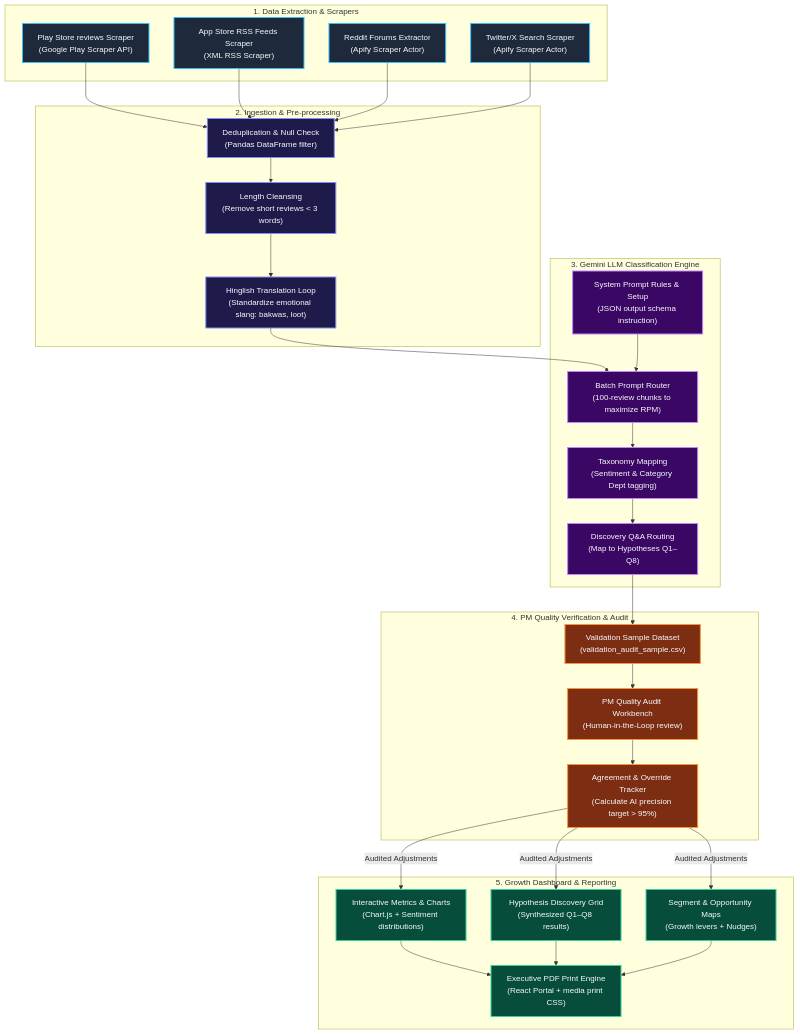
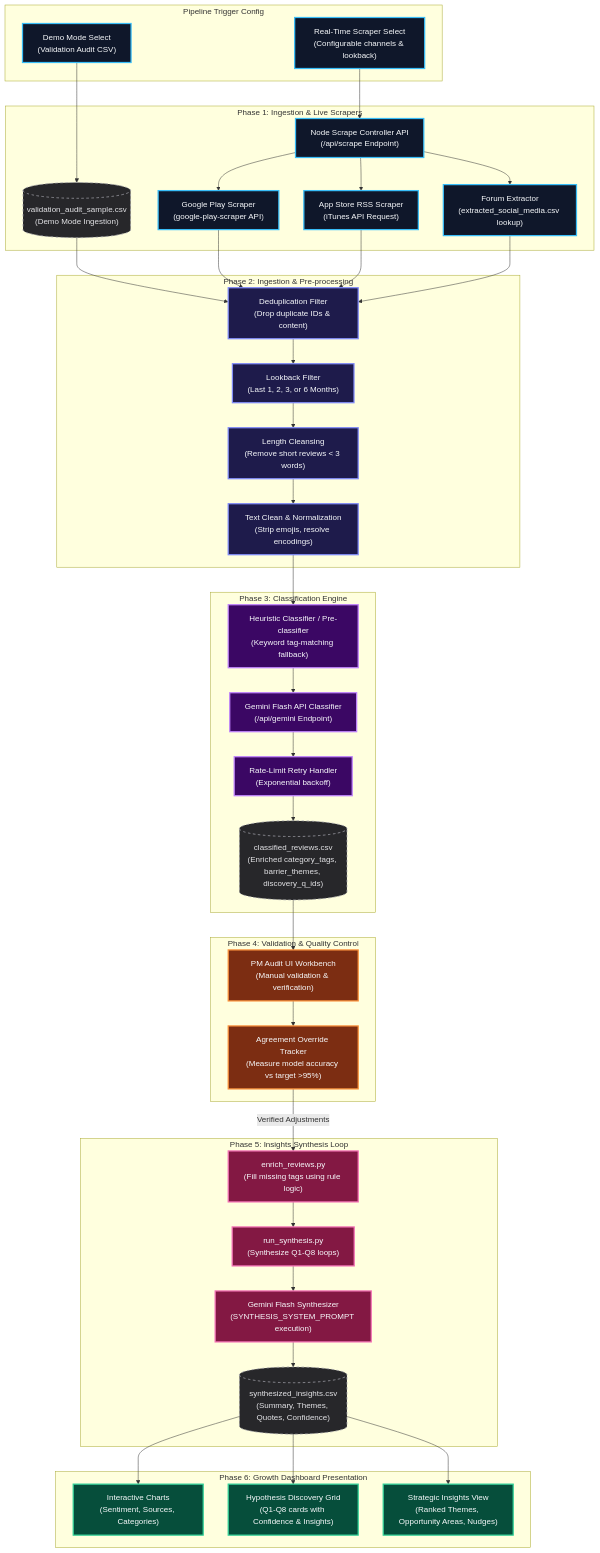
Before and after one commit to shivam0752/blinkit-review-ai-engine: the first of 2 diagrams in pipeline_diagram.md, drawn with Mermaid. The commit also changed other lines of this file and 5 other files, not shown here.

Commit message:
Implement real-time scraper controls, backend scraper proxy, and Stage 4 theme descriptions in Sandbox pipeline

````diff
--- a/pipeline_diagram.md
+++ b/pipeline_diagram.md
@@ -6,61 +10,87 @@
 ```mermaid
-graph TD
+flowchart TD
     %% Styling Configuration
-    classDef source fill:#1e293b,stroke:#38bdf8,stroke-width:2px,color:#f8fafc;
-    classDef cleaning fill:#1e1b4b,stroke:#818cf8,stroke-width:2px,color:#f8fafc;
-    classDef llm fill:#3b0764,stroke:#c084fc,stroke-width:2px,color:#f8fafc;
-    classDef audit fill:#7c2d12,stroke:#fb923c,stroke-width:2px,color:#f8fafc;
-    classDef output fill:#064e3b,stroke:#34d399,stroke-width:2px,color:#f8fafc;
+    classDef source fill:#0f172a,stroke:#38bdf8,stroke-width:2.5px,color:#f8fafc;
+    classDef preprocessing fill:#1e1b4b,stroke:#818cf8,stroke-width:2.5px,color:#f8fafc;
+    classDef classification fill:#3b0764,stroke:#c084fc,stroke-width:2.5px,color:#f8fafc;
+    classDef audit fill:#7c2d12,stroke:#fb923c,stroke-width:2.5px,color:#f8fafc;
+    classDef synthesis fill:#831843,stroke:#f472b6,stroke-width:2.5px,color:#f8fafc;
+    classDef output fill:#064e3b,stroke:#34d399,stroke-width:2.5px,color:#f8fafc;
+    classDef files fill:#27272a,stroke:#a1a1aa,stroke-width:1.5px,color:#e4e4e7,stroke-dasharray: 5 5;
 
-    %% Data Extraction / Sources
-    subgraph Data_Extraction [1. Data Extraction & Scrapers]
-        PlayStore["Play Store reviews Scraper<br/>(Google Play Scraper API)"]:::source
-        AppStore["App Store RSS Feeds Scraper<br/>(XML RSS Scraper)"]:::source
-        RedditScraper["Reddit Forums Extractor<br/>(Apify Scraper Actor)"]:::source
-        TwitterScraper["Twitter/X Search Scraper<br/>(Apify Scraper Actor)"]:::source
+    %% Execution Path Config
+    subgraph ModeSelector [Pipeline Trigger Config]
+        DemoSelect["Demo Mode Select<br/>(Validation Audit CSV)"]:::source
+        RealtimeSelect["Real-Time Scraper Select<br/>(Configurable channels & lookback)"]:::source
     end
 
-    %% Ingestion & Pre-processing
-    subgraph Data_Cleansing [2. Ingestion & Pre-processing]
-        Deduplication["Deduplication & Null Check<br/>(Pandas DataFrame filter)"]:::cleaning
-        Cleansing["Length Cleansing<br/>(Remove short reviews < 3 words)"]:::cleaning
-        Translation["Hinglish Translation Loop<br/>(Standardize emotional slang: bakwas, loot)"]:::cleaning
+    %% Data Sources (Phase 1)
+    subgraph Phase_1 [Phase 1: Ingestion & Live Scrapers]
+        PlayStore["Google Play Scraper<br/>(google-play-scraper API)"]:::source
+        AppStore["App Store RSS Scraper<br/>(iTunes API Request)"]:::source
+        ForumsScraper["Forum Extractor<br/>(extracted_social_media.csv lookup)"]:::source
+        AuditCSV[("validation_audit_sample.csv<br/>(Demo Mode Ingestion)")]:::files
+        ScrapeAPI["Node Scrape Controller API<br/>(/api/scrape Endpoint)"]:::source
     end
 
-    %% LLM Classification
-    subgraph LLM_Engine [3. Gemini LLM Classification Engine]
-        SystemPrompt["System Prompt Rules & Setup<br/>(JSON output schema instruction)"]:::llm
-        BatchRouter["Batch Prompt Router<br/>(100-review chunks to maximize RPM)"]:::llm
-        TaxonomyTagging["Taxonomy Mapping<br/>(Sentiment & Category Dept tagging)"]:::llm
-        QuestionRouting["Discovery Q&A Routing<br/>(Map to Hypotheses Q1–Q8)"]:::llm
+    %% Pre-processing & Cleansing (Phase 2)
+    subgraph Phase_2 [Phase 2: Ingestion & Pre-processing]
+        Deduplication["Deduplication Filter<br/>(Drop duplicate IDs & content)"]:::preprocessing
+        LookbackCheck["Lookback Filter<br/>(Last 1, 2, 3, or 6 Months)"]:::preprocessing
+        LengthCleansing["Length Cleansing<br/>(Remove short reviews < 3 words)"]:::preprocessing
+        TextStandardization["Text Clean & Normalization<br/>(Strip emojis, resolve encodings)"]:::preprocessing
     end
 
-    %% Human Quality Audit
-    subgraph Validation_Audit [4. PM Quality Verification & Audit]
-        ValidationSample["Validation Sample Dataset<br/>(validation_audit_sample.csv)"]:::audit
-        DoubleBlindAudit["PM Quality Audit Workbench<br/>(Human-in-the-Loop review)"]:::audit
-        AgreementMetric["Agreement & Override Tracker<br/>(Calculate AI precision target > 95%)"]:::audit
+    %% Classification Engine (Phase 3)
+    subgraph Phase_3 [Phase 3: Classification Engine]
+        LocalPreClassifier["Heuristic Classifier / Pre-classifier<br/>(Keyword tag-matching fallback)"]:::classification
+        GeminiClassifier["Gemini Flash API Classifier<br/>(/api/gemini Endpoint)"]:::classification
+        RetryHandler["Rate-Limit Retry Handler<br/>(Exponential backoff)"]:::classification
+        ClassifiedCSV[("classified_reviews.csv<br/>(Enriched category_tags, barrier_themes, discovery_q_ids)")]:::files
     end
 
-    %% Visualization & Delivery
-    subgraph Insights_Dashboard [5. Growth Dashboard & Reporting]
-        DashboardCharts["Interactive Metrics & Charts<br/>(Chart.js + Sentiment distributions)"]:::output
-        HypothesisGrid["Hypothesis Discovery Grid<br/>(Synthesized Q1–Q8 results)"]:::output
-        SegmentOpportunity["Segment & Opportunity Maps<br/>(Growth levers + Nudges)"]:::output
-        PDFExport["Executive PDF Print Engine<br/>(React Portal + media print CSS)"]:::output
+    %% PM Validation Audit (Phase 4)
+    subgraph Phase_4 [Phase 4: Validation & Quality Control]
+        PMAuditWorkbench["PM Audit UI Workbench<br/>(Manual validation & verification)"]:::audit
+        OverrideLog["Agreement Override Tracker<br/>(Measure model accuracy vs target >95%)"]:::audit
     end
 
-    %% Pipeline Connections
-    PlayStore & AppStore & RedditScraper & TwitterScraper --> Deduplication
-    Deduplication --> Cleansing
-    Cleansing --> Translation
-    Translation --> BatchRouter
-    SystemPrompt --> BatchRouter
-    BatchRouter --> TaxonomyTagging
-    TaxonomyTagging --> QuestionRouting
-    QuestionRouting --> ValidationSample
-    ValidationSample --> DoubleBlindAudit
-    DoubleBlindAudit --> AgreementMetric
-    AgreementMetric -- "Audited Adjustments" --> DashboardCharts & HypothesisGrid & SegmentOpportunity
-    DashboardCharts & HypothesisGrid & SegmentOpportunity --> PDFExport
+    %% LLM Synthesis Engine (Phase 5)
+    subgraph Phase_5 [Phase 5: Insights Synthesis Loop]
+        EnrichmentScript["enrich_reviews.py<br/>(Fill missing tags using rule logic)"]:::synthesis
+        SynthesisScript["run_synthesis.py<br/>(Synthesize Q1-Q8 loops)"]:::synthesis
+        GeminiSynthesis["Gemini Flash Synthesizer<br/>(SYNTHESIS_SYSTEM_PROMPT execution)"]:::synthesis
+        SynthesizedCSV[("synthesized_insights.csv<br/>(Summary, Themes, Quotes, Confidence)")]:::files
+    end
+
+    %% Growth Dashboard Visualization (Phase 6)
+    subgraph Phase_6 [Phase 6: Growth Dashboard Presentation]
+        DashboardCharts["Interactive Charts<br/>(Sentiment, Sources, Categories)"]:::output
+        HypothesisGrid["Hypothesis Discovery Grid<br/>(Q1-Q8 cards with Confidence & Insights)"]:::output
+        StrategicInsightsUI["Strategic Insights View<br/>(Ranked Themes, Opportunity Areas, Nudges)"]:::output
+    end
+
+    %% Connections
+    DemoSelect --> AuditCSV
+    RealtimeSelect --> ScrapeAPI
+    ScrapeAPI --> PlayStore & AppStore & ForumsScraper
+    
+    AuditCSV --> Deduplication
+    PlayStore & AppStore & ForumsScraper --> Deduplication
+    
+    Deduplication --> LookbackCheck
+    LookbackCheck --> LengthCleansing
+    LengthCleansing --> TextStandardization
+    TextStandardization --> LocalPreClassifier
+    LocalPreClassifier --> GeminiClassifier
+    GeminiClassifier --> RetryHandler
+    RetryHandler --> ClassifiedCSV
+    
+    ClassifiedCSV --> PMAuditWorkbench
+    PMAuditWorkbench --> OverrideLog
+    OverrideLog -- "Verified Adjustments" --> EnrichmentScript
+    EnrichmentScript --> SynthesisScript
+    SynthesisScript --> GeminiSynthesis
+    GeminiSynthesis --> SynthesizedCSV
+    SynthesizedCSV --> DashboardCharts & HypothesisGrid & StrategicInsightsUI
 ```
````
